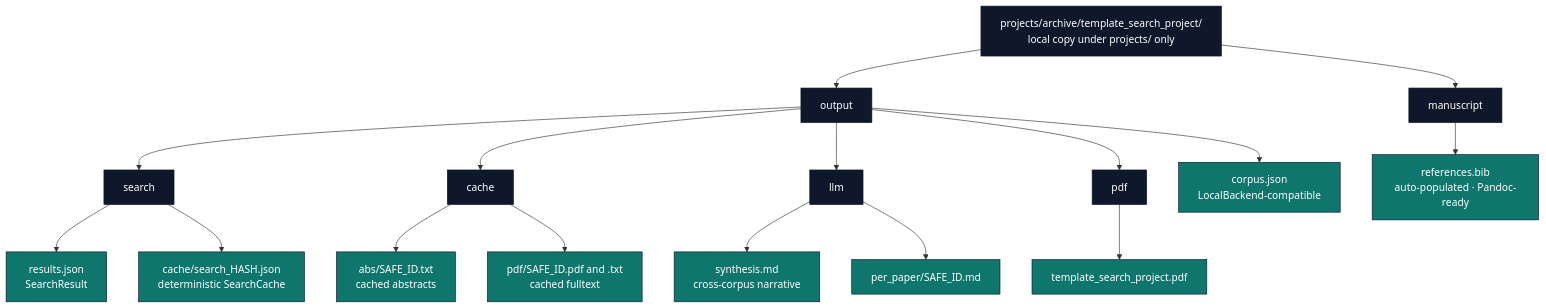
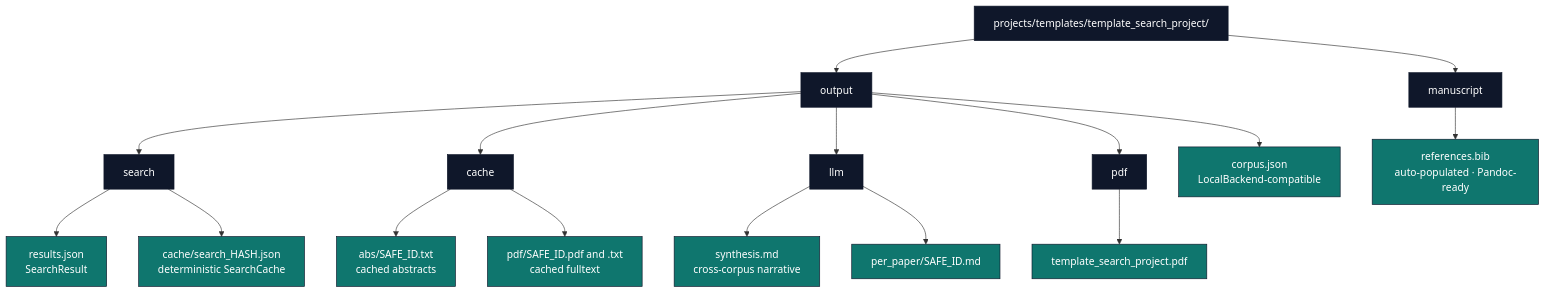
One commit to docxology/template changed the second of 2 diagrams in docs/core/literature-data-flow.md. Above: the diagram before and after it, drawn with Mermaid. The commit also changed 146 other files, not shown here.

````diff
--- a/docs/core/literature-data-flow.md
+++ b/docs/core/literature-data-flow.md
@@ -53,30 +53,30 @@
 ```mermaid
 flowchart TB
-    PROJ[projects/archive/template_search_project/<br/>local copy under projects/ only]
+    PROJ[projects/templates/template_search_project/]
     PROJ --> OUTPUT[output]
     PROJ --> MANUSCRIPT[manuscript]
 
     OUTPUT --> SEARCH[search]
     OUTPUT --> CACHE[cache]
     OUTPUT --> LLM_DIR[llm]
     OUTPUT --> PDF_DIR[pdf]
     OUTPUT --> CORPUS_F[corpus.json<br/>LocalBackend-compatible]
 
     SEARCH --> RES_F[results.json<br/>SearchResult]
     SEARCH --> SC[cache/search_HASH.json<br/>deterministic SearchCache]
 
     CACHE --> ABS_DIR[abs/SAFE_ID.txt<br/>cached abstracts]
     CACHE --> PDF_CACHE[pdf/SAFE_ID.pdf and .txt<br/>cached fulltext]
 
     LLM_DIR --> SYNTH[synthesis.md<br/>cross-corpus narrative]
     LLM_DIR --> PER_PAPER[per_paper/SAFE_ID.md]
 
     PDF_DIR --> FINAL[template_search_project.pdf]
 
     MANUSCRIPT --> BIBF[references.bib<br/>auto-populated · Pandoc-ready]
 
     classDef dir fill:#0f172a,stroke:#0f172a,color:#fff
     classDef file fill:#0f766e,stroke:#0f172a,color:#fff
     class PROJ,OUTPUT,MANUSCRIPT,SEARCH,CACHE,LLM_DIR,PDF_DIR dir
     class CORPUS_F,RES_F,SC,ABS_DIR,PDF_CACHE,SYNTH,PER_PAPER,FINAL,BIBF file
 ```
````
